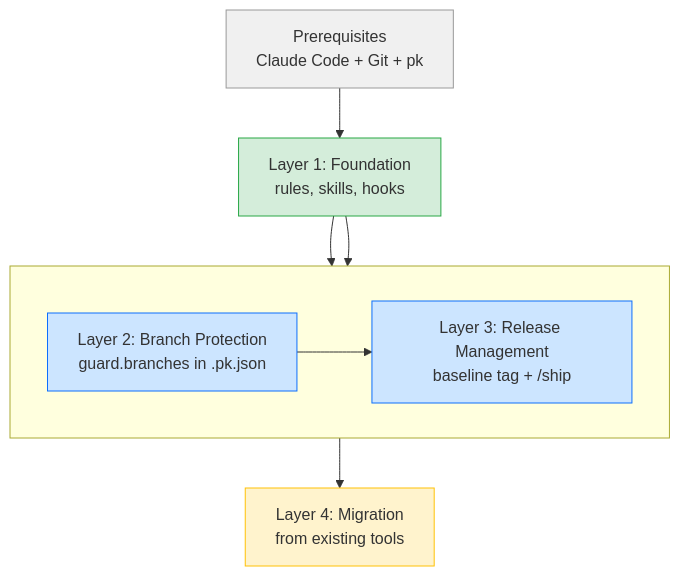
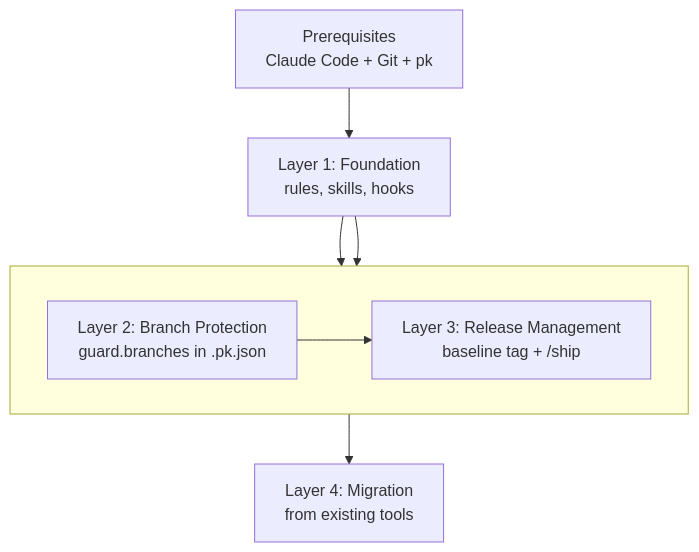
One commit to markwharton/plankit changed the diagram in docs/adoption.md. Above: the diagram before and after it, drawn with Mermaid. The commit also changed 2 other files, not shown here.

Commit message:
docs: reframe messaging from deterministic outcomes to narrowing the solution space

````diff
--- a/docs/adoption.md
+++ b/docs/adoption.md
@@ -5,23 +5,17 @@
 ```mermaid
 graph TD
-    P["Prerequisites<br/>Claude Code + Git + pk"]
-    L1["Layer 1: Foundation<br/>rules, skills, hooks"]
-    L4["Layer 4: Migration<br/>from existing tools"]
+    P["Prerequisites<br/>Claude&nbsp;Code&nbsp;+&nbsp;Git&nbsp;+&nbsp;pk"]
+    L1["Layer&nbsp;1:&nbsp;Foundation<br/>rules,&nbsp;skills,&nbsp;hooks"]
+    L4["Layer&nbsp;4:&nbsp;Migration<br/>from&nbsp;existing&nbsp;tools"]
 
     P --> L1
 
     subgraph " "
         direction LR
-        L2["Layer 2: Branch Protection<br/>guard.branches in .pk.json"] --> L3["Layer 3: Release Management<br/>baseline tag + /ship"]
+        L2["Layer&nbsp;2:&nbsp;Branch&nbsp;Protection<br/>guard.branches&nbsp;in&nbsp;.pk.json"] --> L3["Layer&nbsp;3:&nbsp;Release&nbsp;Management<br/>baseline&nbsp;tag&nbsp;+&nbsp;/ship"]
     end
 
     L1 --> L2
     L1 --> L3
     L3 --> L4
-
-    style P fill:#f0f0f0,stroke:#999
-    style L1 fill:#d4edda,stroke:#28a745
-    style L2 fill:#cce5ff,stroke:#0d6efd
-    style L3 fill:#cce5ff,stroke:#0d6efd
-    style L4 fill:#fff3cd,stroke:#ffc107
 ```
````
